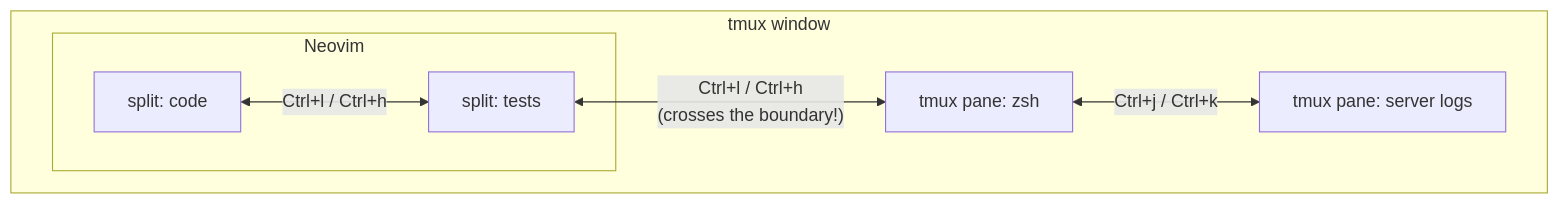
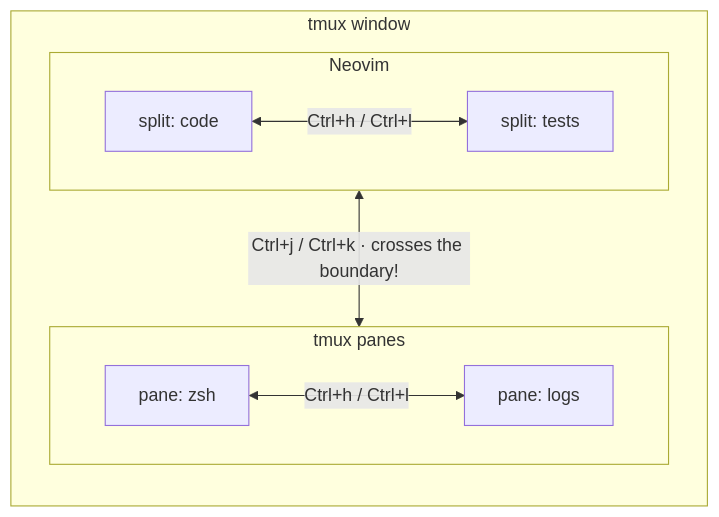
One commit to Victor-0liveira/dotfiles changed the first of 3 diagrams in README.md. Above: the diagram before and after it, drawn with Mermaid.

Commit message:
📐 readme: compact tmux/nvim navigation diagram

````diff
--- a/README.md
+++ b/README.md
@@ -67,11 +67,15 @@
 ```mermaid
-flowchart LR
+flowchart TB
     subgraph tmux["tmux window"]
-        direction LR
+        direction TB
         subgraph nvim["Neovim"]
-            A["split: code"] <-->|"Ctrl+l / Ctrl+h"| B["split: tests"]
+            direction LR
+            A["split: code"] <-->|"Ctrl+h / Ctrl+l"| B["split: tests"]
         end
-        B <-->|"Ctrl+l / Ctrl+h<br/>(crosses the boundary!)"| C["tmux pane: zsh"]
-        C <-->|"Ctrl+j / Ctrl+k"| D["tmux pane: server logs"]
+        subgraph panes["tmux panes"]
+            direction LR
+            C["pane: zsh"] <-->|"Ctrl+h / Ctrl+l"| D["pane: logs"]
+        end
+        nvim <-->|"Ctrl+j / Ctrl+k · crosses the boundary!"| panes
     end
 ```
````
